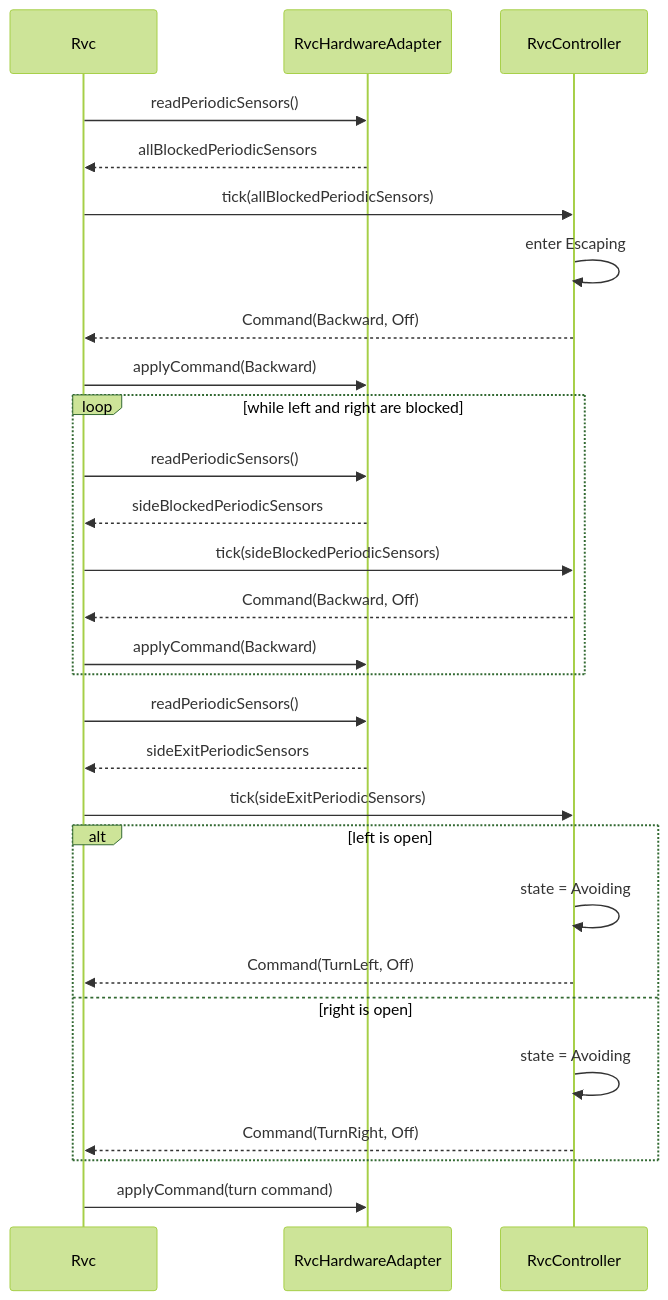
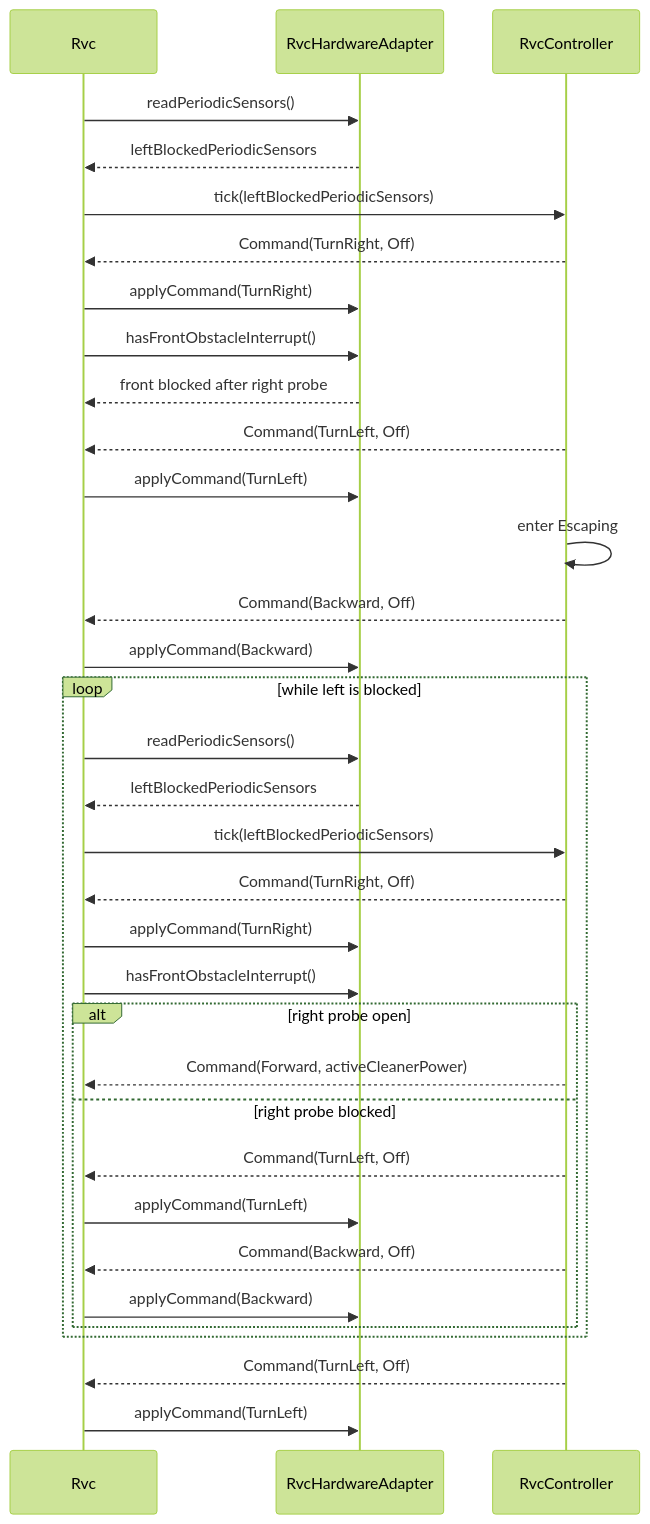
Before and after one commit to reload02/ooad-vibe: the fifth of 6 diagrams in docs/ood_sequence_diagrams.md, drawn with Mermaid (forest theme). The commit also changed other lines of this file and 21 other files, not shown here.

First line of the commit message:
Refactor RvcController to implement right probing behavior and update related components

````diff
--- a/docs/ood_sequence_diagrams.md
+++ b/docs/ood_sequence_diagrams.md
@@ -103,31 +106,37 @@
 ```mermaid
 sequenceDiagram
     participant Rvc
     participant Adapter as RvcHardwareAdapter
     participant Controller as RvcController
 
     Rvc->>Adapter: readPeriodicSensors()
-    Adapter-->>Rvc: allBlockedPeriodicSensors
-    Rvc->>Controller: tick(allBlockedPeriodicSensors)
+    Adapter-->>Rvc: leftBlockedPeriodicSensors
+    Rvc->>Controller: tick(leftBlockedPeriodicSensors)
+    Controller-->>Rvc: Command(TurnRight, Off)
+    Rvc->>Adapter: applyCommand(TurnRight)
+    Rvc->>Adapter: hasFrontObstacleInterrupt()
+    Adapter-->>Rvc: front blocked after right probe
+    Controller-->>Rvc: Command(TurnLeft, Off)
+    Rvc->>Adapter: applyCommand(TurnLeft)
     Controller->>Controller: enter Escaping
     Controller-->>Rvc: Command(Backward, Off)
     Rvc->>Adapter: applyCommand(Backward)
-    loop while left and right are blocked
+    loop while left is blocked
         Rvc->>Adapter: readPeriodicSensors()
-        Adapter-->>Rvc: sideBlockedPeriodicSensors
-        Rvc->>Controller: tick(sideBlockedPeriodicSensors)
-        Controller-->>Rvc: Command(Backward, Off)
-        Rvc->>Adapter: applyCommand(Backward)
+        Adapter-->>Rvc: leftBlockedPeriodicSensors
+        Rvc->>Controller: tick(leftBlockedPeriodicSensors)
+        Controller-->>Rvc: Command(TurnRight, Off)
+        Rvc->>Adapter: applyCommand(TurnRight)
+        Rvc->>Adapter: hasFrontObstacleInterrupt()
+        alt right probe open
+            Controller-->>Rvc: Command(Forward, activeCleanerPower)
+        else right probe blocked
+            Controller-->>Rvc: Command(TurnLeft, Off)
+            Rvc->>Adapter: applyCommand(TurnLeft)
+            Controller-->>Rvc: Command(Backward, Off)
+            Rvc->>Adapter: applyCommand(Backward)
+        end
     end
-    Rvc->>Adapter: readPeriodicSensors()
-    Adapter-->>Rvc: sideExitPeriodicSensors
-    Rvc->>Controller: tick(sideExitPeriodicSensors)
-    alt left is open
-        Controller->>Controller: state = Avoiding
-        Controller-->>Rvc: Command(TurnLeft, Off)
-    else right is open
-        Controller->>Controller: state = Avoiding
-        Controller-->>Rvc: Command(TurnRight, Off)
-    end
-    Rvc->>Adapter: applyCommand(turn command)
+    Controller-->>Rvc: Command(TurnLeft, Off)
+    Rvc->>Adapter: applyCommand(TurnLeft)
 ```
````
